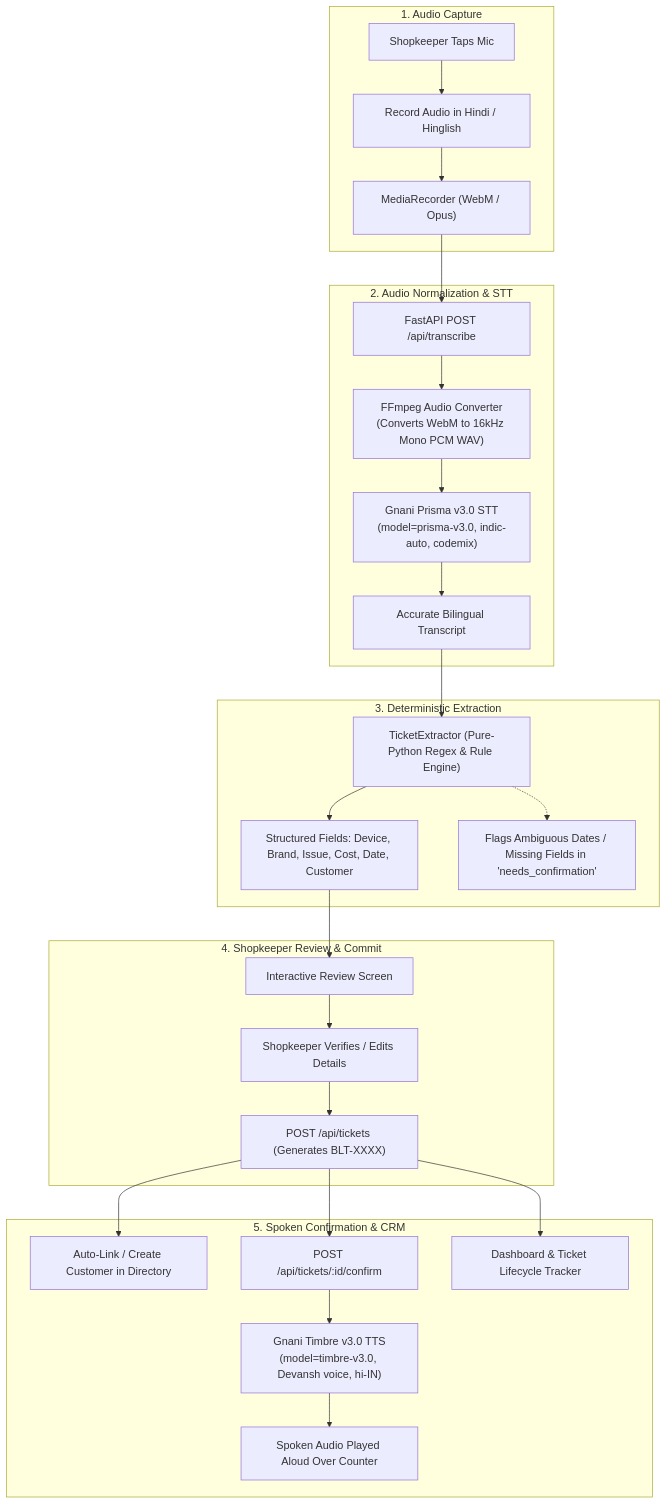
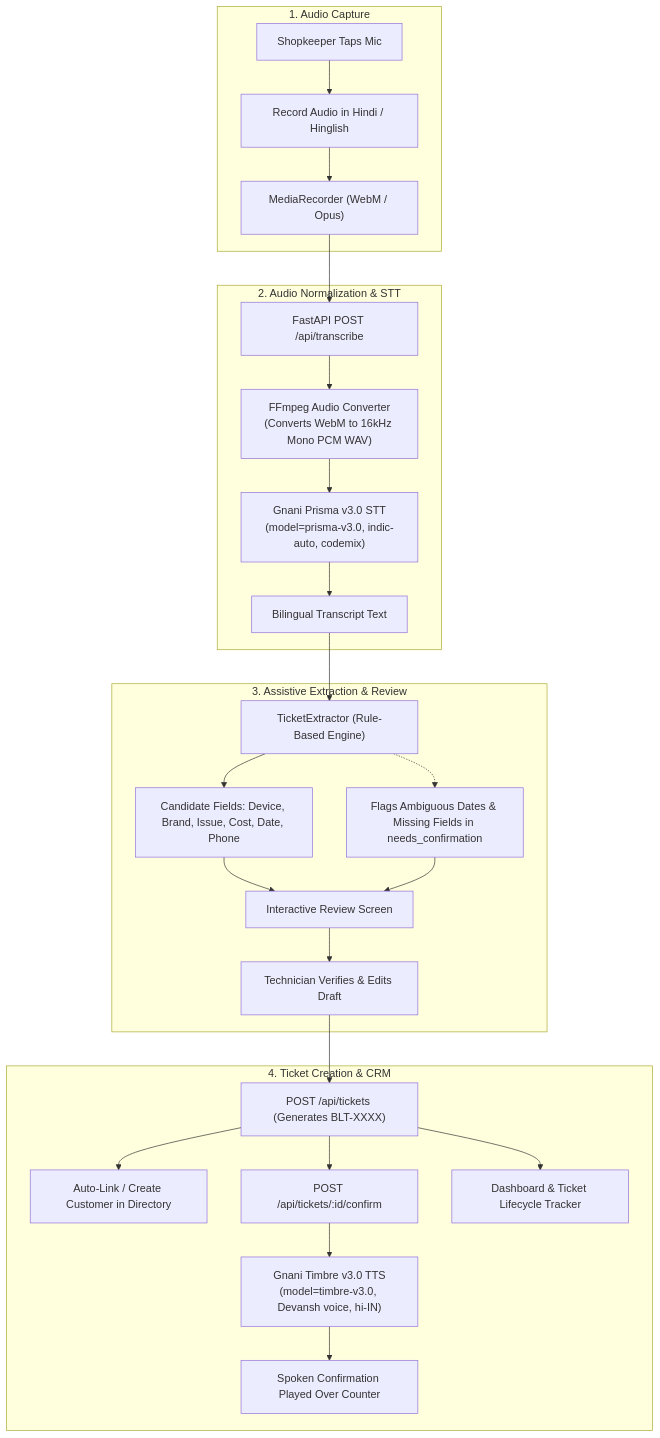
Before and after one commit to KankurtiMohammadZiyaouddin/Bolti-Slip: the first of 2 diagrams in README.md, drawn with Mermaid. The commit also changed other lines of this file and 1 other file, not shown here.

````diff
--- a/README.md
+++ b/README.md
@@ -73,34 +78,32 @@
 ```mermaid
 flowchart TD
     subgraph S1["1. Audio Capture"]
         A["Shopkeeper Taps Mic"] --> B["Record Audio in Hindi / Hinglish"]
         B --> C["MediaRecorder (WebM / Opus)"]
     end
 
     subgraph S2["2. Audio Normalization & STT"]
         C --> D["FastAPI POST /api/transcribe"]
         D --> E["FFmpeg Audio Converter<br/>(Converts WebM to 16kHz Mono PCM WAV)"]
         E --> F["Gnani Prisma v3.0 STT<br/>(model=prisma-v3.0, indic-auto, codemix)"]
-        F --> G["Accurate Bilingual Transcript"]
+        F --> G["Bilingual Transcript Text"]
     end
 
-    subgraph S3["3. Deterministic Extraction"]
-        G --> H["TicketExtractor (Pure-Python Regex & Rule Engine)"]
-        H --> I["Structured Fields: Device, Brand, Issue, Cost, Date, Customer"]
-        H -.-> J["Flags Ambiguous Dates / Missing Fields in 'needs_confirmation'"]
+    subgraph S3["3. Assistive Extraction & Review"]
+        G --> H["TicketExtractor (Rule-Based Engine)"]
+        H --> I["Candidate Fields: Device, Brand, Issue, Cost, Date, Phone"]
+        H -.-> J["Flags Ambiguous Dates & Missing Fields in needs_confirmation"]
+        I --> K["Interactive Review Screen"]
+        J --> K
+        K --> L["Technician Verifies & Edits Draft"]
     end
 
-    subgraph S4["4. Shopkeeper Review & Commit"]
-        I --> K["Interactive Review Screen"]
-        K --> L["Shopkeeper Verifies / Edits Details"]
+    subgraph S4["4. Ticket Creation & CRM"]
         L --> M["POST /api/tickets (Generates BLT-XXXX)"]
-    end
-
-    subgraph S5["5. Spoken Confirmation & CRM"]
         M --> N["Auto-Link / Create Customer in Directory"]
         M --> O["POST /api/tickets/:id/confirm"]
         O --> P["Gnani Timbre v3.0 TTS<br/>(model=timbre-v3.0, Devansh voice, hi-IN)"]
-        P --> Q["Spoken Audio Played Aloud Over Counter"]
+        P --> Q["Spoken Confirmation Played Over Counter"]
         M --> R["Dashboard & Ticket Lifecycle Tracker"]
     end
 ```
````
